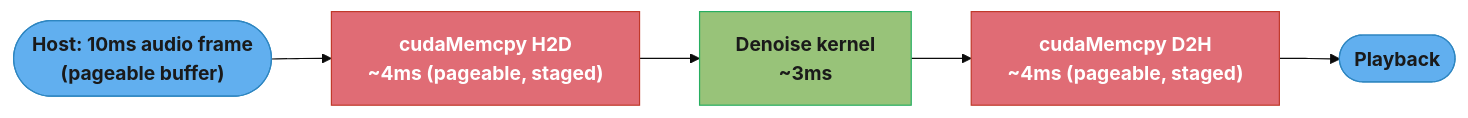
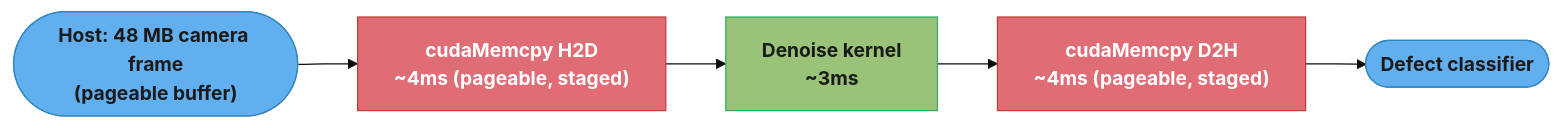
Before and after one commit to rppol/system-design: the seventh of 7 diagrams in src/main/java/com/rutik/systemdesign/cuda/memory_management_and_data_transfer/README.md, drawn with Mermaid (base theme). The commit also changed other lines of this file and 4 other files, not shown here.

````diff
--- a/src/main/java/com/rutik/systemdesign/cuda/memory_management_and_data_transfer/README.md
+++ b/src/main/java/com/rutik/systemdesign/cuda/memory_management_and_data_transfer/README.md
@@ -1024,17 +1037,17 @@
 ```mermaid
 flowchart LR
     classDef io    fill:#61afef,stroke:#2e86c1,color:#1a1a1a,font-weight:bold
     classDef slow  fill:#e06c75,stroke:#c0392b,color:#fff,font-weight:bold
     classDef fast  fill:#98c379,stroke:#27ae60,color:#1a1a1a,font-weight:bold
 
-    IN(["Host: 10ms audio frame\n(pageable buffer)"])
+    IN(["Host: 48 MB camera frame\n(pageable buffer)"])
     UP["cudaMemcpy H2D\n~4ms (pageable, staged)"]
     K["Denoise kernel\n~3ms"]
     DOWN["cudaMemcpy D2H\n~4ms (pageable, staged)"]
-    OUT(["Playback"])
+    OUT(["Defect classifier"])
 
     IN --> UP --> K --> DOWN --> OUT
     class IN,OUT io
     class UP,DOWN slow
     class K fast
 ```
````
